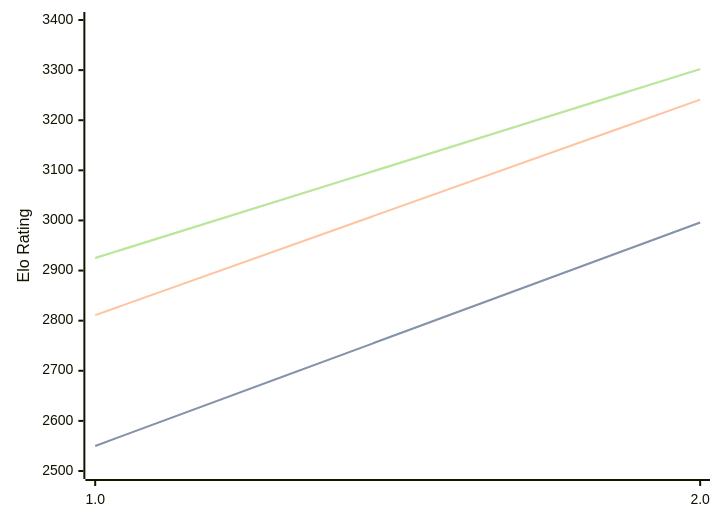
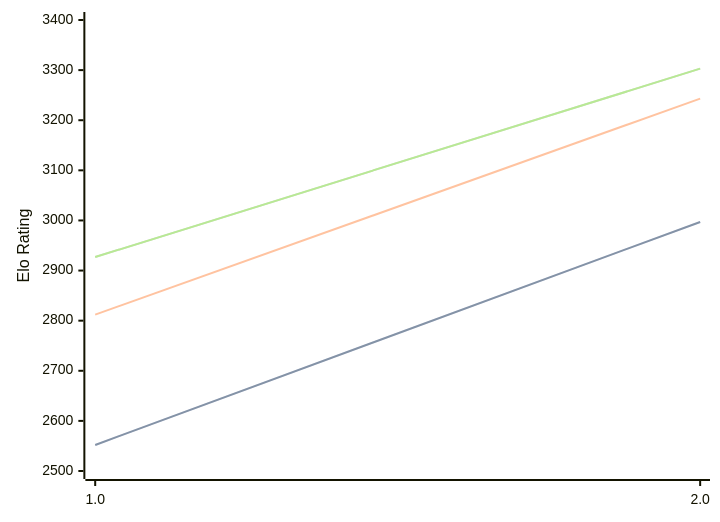
Before and after one commit to computer-chess-index/cci: the diagram in engines/Onslaught.md, drawn with Mermaid. The commit also changed other lines of this file, not shown here.

Commit message:
Update CCI Ratings (ELO VLTC) - 2026-10-09

````diff
--- a/engines/Onslaught.md
+++ b/engines/Onslaught.md
@@ -32,11 +32,11 @@
 ```mermaid
 %%{init: {"theme":"base","themeVariables":{"seriesColors:['#a3a3a3','#222221','#faa371']}}}%%
 xychart-beta
   x-axis ["1.0", "2.0"]
   y-axis "Elo Rating" 2500 --> 3400
-  line "" [2550, 2996]
-  line "STC (8.0+0.08s)" [2550, 2996]
-  line "LTC (60.0+0.60s)" [2811, 3241]
-  line "" [2925, 3302]
-  line "VLTC (2m24s+1.12s)" [2925, 3302]
+  line "" [2552, 2997]
+  line "STC (8.0+0.08s)" [2552, 2997]
+  line "LTC (60.0+0.60s)" [2812, 3243]
+  line "" [2927, 3303]
+  line "VLTC (2m24s+1.12s)" [2927, 3303]
 ```
````
